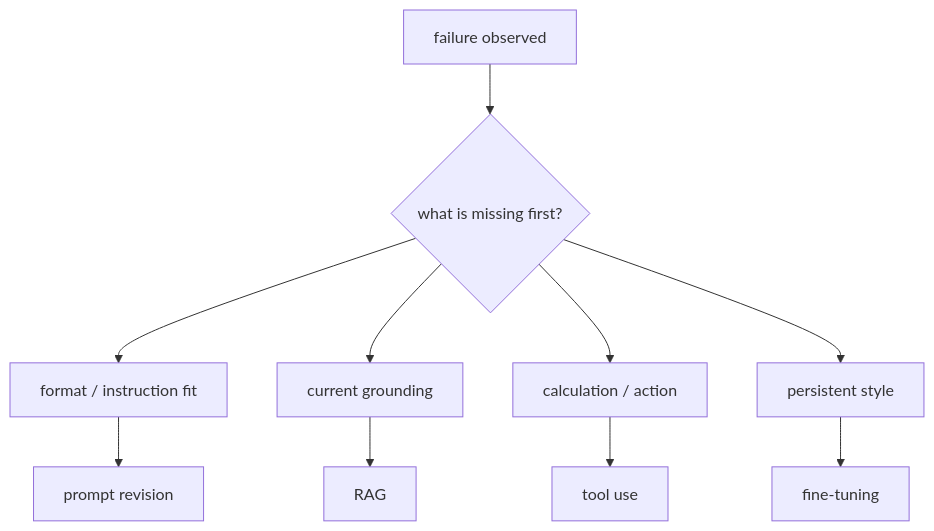
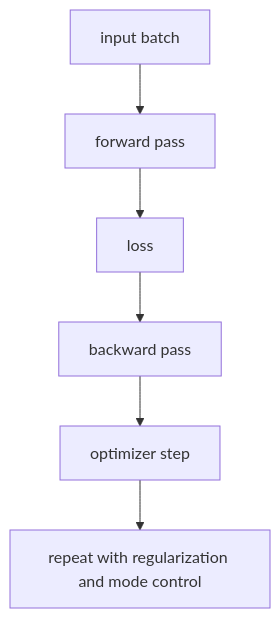
Before and after one commit to devchan64/AiBook: the diagram in docs/parts/part-05/chapter-08/section-03.md, drawn with Mermaid. The commit also changed other lines of this file and 213 other files, not shown here.

````diff
--- a/docs/parts/part-05/chapter-08/section-03.md
+++ b/docs/parts/part-05/chapter-08/section-03.md
@@ -168,17 +80,15 @@
 ```mermaid
 flowchart TD
-  A["failure observed"]
-  J{"what is missing first?"}
+  A["input batch"]
+  B["forward pass"]
+  C["loss"]
+  D["backward pass"]
+  E["optimizer step"]
+  F["repeat with regularization and mode control"]
 
-  A --> J
-
-  J --> B["format / instruction fit"]
-  J --> C["current grounding"]
-  J --> D["calculation / action"]
-  J --> E["persistent style"]
-
-  B --> F["prompt revision"]
-  C --> G["RAG"]
-  D --> H["tool use"]
-  E --> I["fine-tuning"]
+  A --> B
+  B --> C
+  C --> D
+  D --> E
+  E --> F
 ```
````
